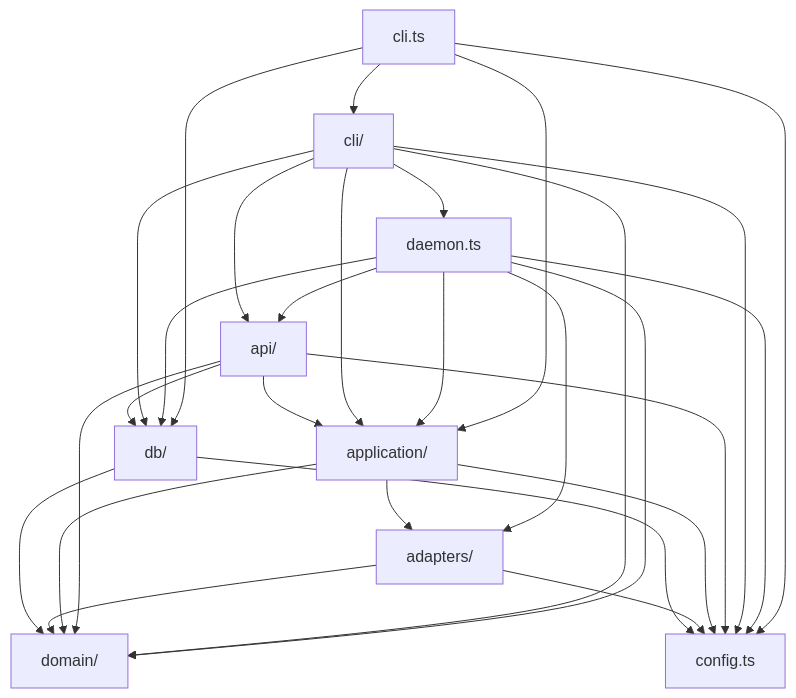
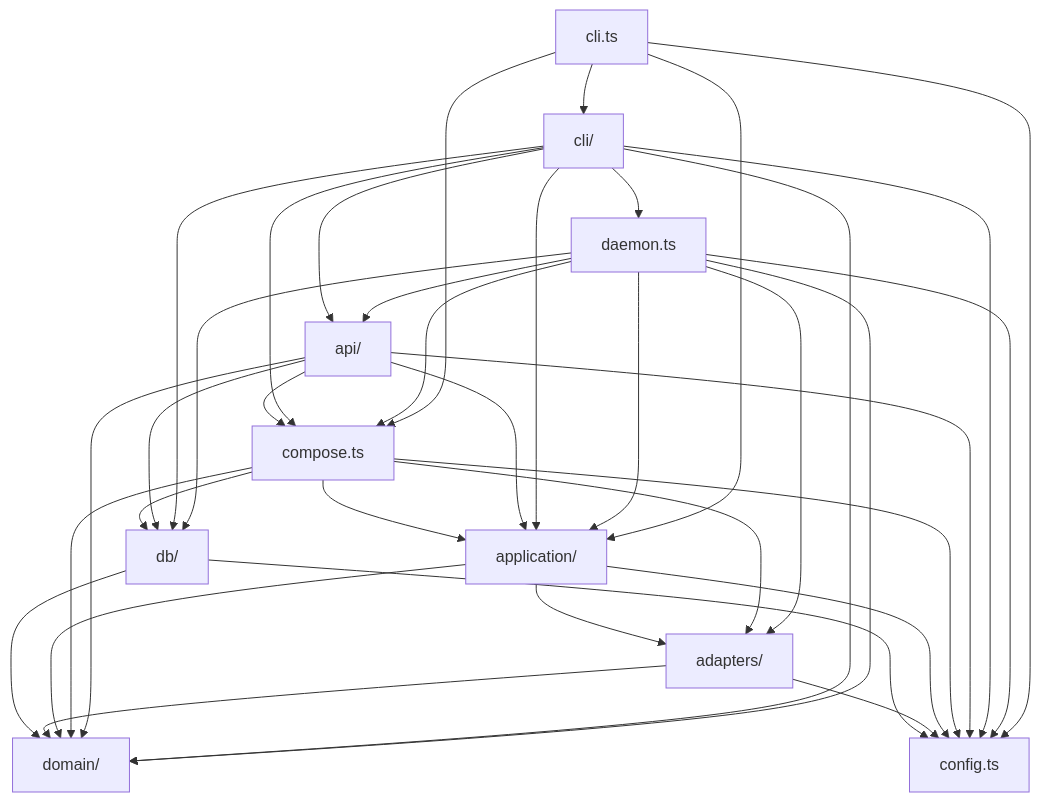
Before and after one commit to tomrobdev/agentdeck: the first of 3 diagrams in docs/architecture.md, drawn with Mermaid. The commit also changed other lines of this file and 57 other files, not shown here.

````diff
--- a/docs/architecture.md
+++ b/docs/architecture.md
@@ -23,19 +24,21 @@
 ```mermaid
 flowchart TD
   domain["domain/"]
   config_ts["config.ts"]
   db["db/"]
   adapters["adapters/"]
   application["application/"]
+  compose_ts["compose.ts"]
   api["api/"]
   cli["cli/"]
   daemon_ts["daemon.ts"]
   cli_ts["cli.ts"]
   db --> domain & config_ts
   adapters --> domain & config_ts
   application --> adapters & domain & config_ts
-  api --> application & db & domain & config_ts
-  cli --> api & application & db & domain & config_ts & daemon_ts
-  daemon_ts --> api & application & adapters & db & domain & config_ts
-  cli_ts --> cli & application & db & config_ts
+  compose_ts --> application & adapters & db & domain & config_ts
+  api --> application & compose_ts & db & domain & config_ts
+  cli --> api & application & compose_ts & db & domain & config_ts & daemon_ts
+  daemon_ts --> api & application & adapters & compose_ts & db & domain & config_ts
+  cli_ts --> cli & application & compose_ts & config_ts
 ```
````
